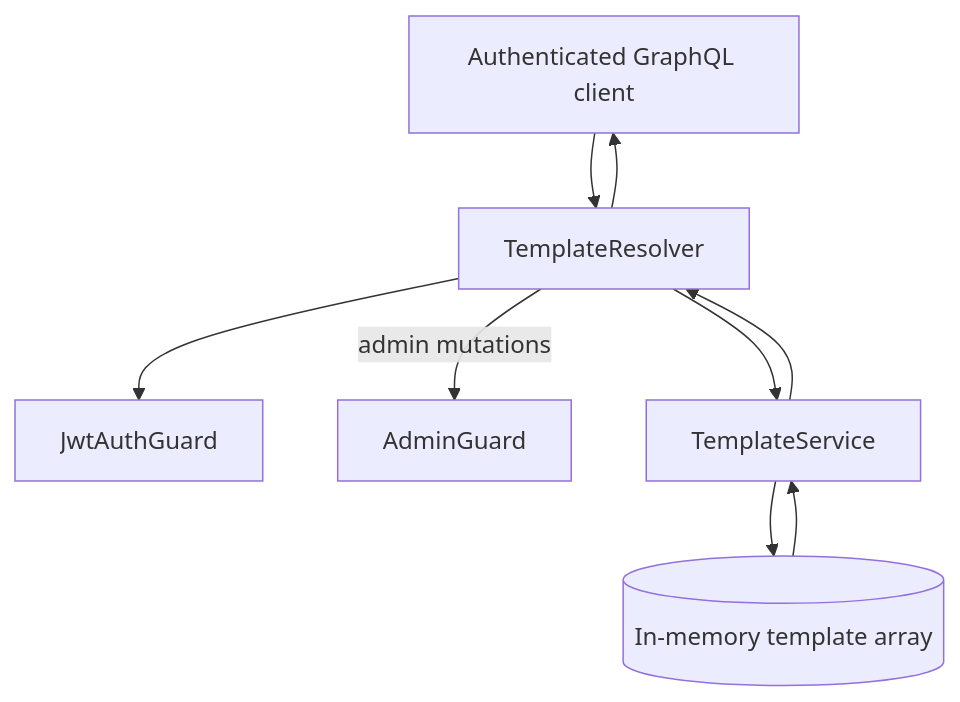
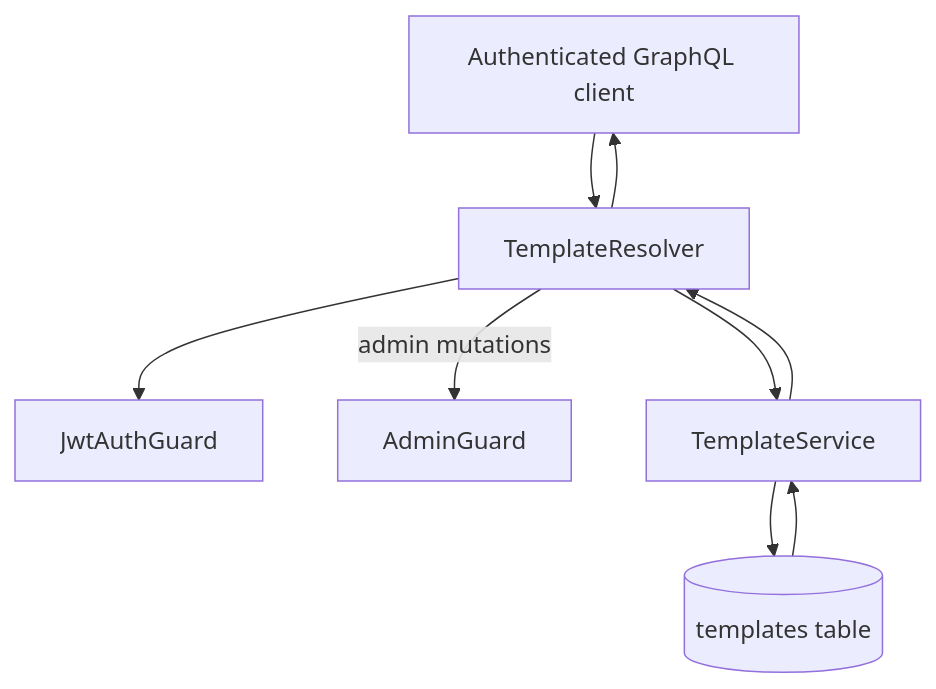
The diagram in apps/backend/src/template/README.md (AmanVatsSharma/MailZen-Smart-Email-Management), drawn with Mermaid before and after one commit. The commit also changed other lines of this file and 5 other files, not shown here.

````diff
--- a/apps/backend/src/template/README.md
+++ b/apps/backend/src/template/README.md
@@ -23,11 +24,11 @@
 ```mermaid
 flowchart TD
   Client[Authenticated GraphQL client] --> Resolver[TemplateResolver]
   Resolver --> JwtGuard[JwtAuthGuard]
   Resolver -->|admin mutations| AdminGuard[AdminGuard]
   Resolver --> Service[TemplateService]
-  Service --> Memory[(In-memory template array)]
-  Memory --> Service
+  Service --> Repo[(templates table)]
+  Repo --> Service
   Service --> Resolver
   Resolver --> Client
 ```
````
